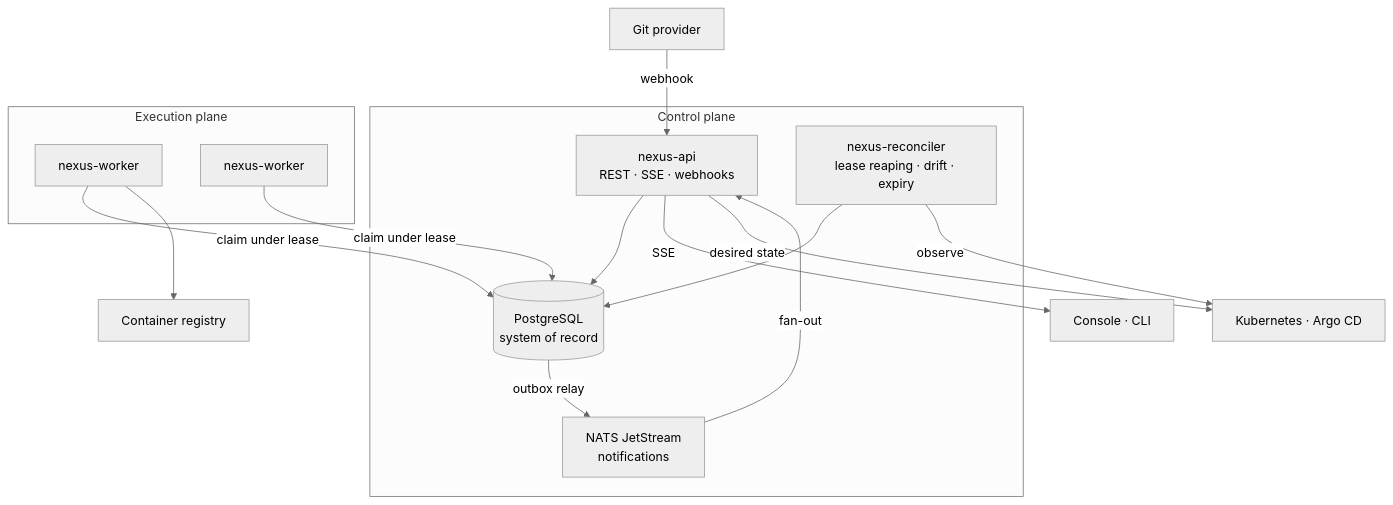
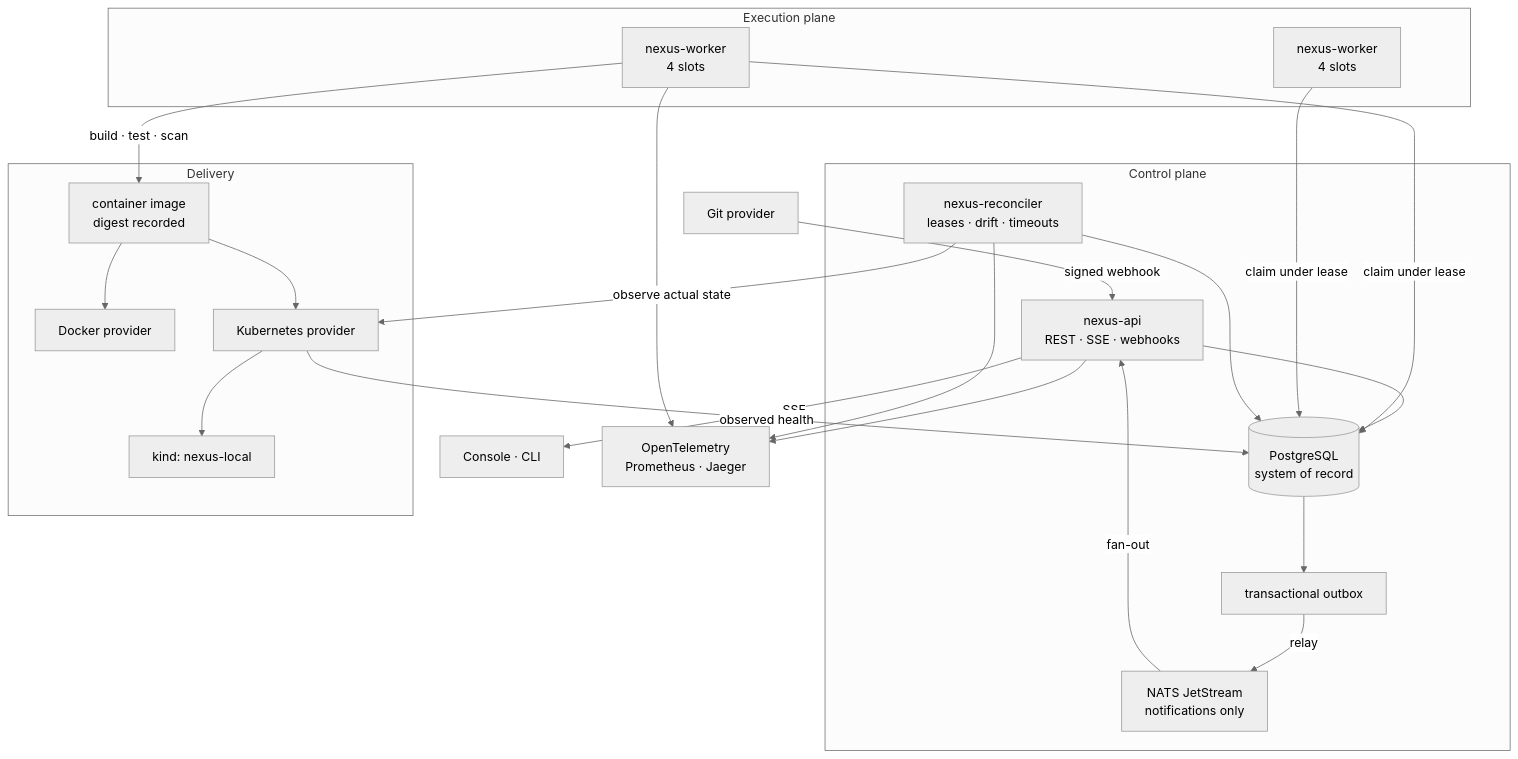
Before and after one commit to Keathan2609/nexus-control-plane: the diagram in README.md, drawn with Mermaid (neutral theme). The commit also changed other lines of this file and 5 other files, not shown here.

````diff
--- a/README.md
+++ b/README.md
@@ -84,24 +151,46 @@
 ```mermaid
 flowchart TB
-    GIT["Git provider"] -->|webhook| API
+    GIT["Git provider"] -->|"signed webhook"| API
+
     subgraph cp["Control plane"]
         API["nexus-api<br/>REST · SSE · webhooks"]
-        REC["nexus-reconciler<br/>lease reaping · drift · expiry"]
+        REC["nexus-reconciler<br/>leases · drift · timeouts"]
         PG[("PostgreSQL<br/>system of record")]
-        NATS["NATS JetStream<br/>notifications"]
+        OBX["transactional outbox"]
+        NATS["NATS JetStream<br/>notifications only"]
     end
-    subgraph dp["Execution plane"]
-        W1["nexus-worker"]
-        W2["nexus-worker"]
+
+    subgraph ex["Execution plane"]
+        W1["nexus-worker<br/>4 slots"]
+        W2["nexus-worker<br/>4 slots"]
     end
+
+    subgraph dl["Delivery"]
+        IMG["container image<br/>digest recorded"]
+        DOCK["Docker provider"]
+        K8S["Kubernetes provider"]
+        KIND["kind: nexus-local"]
+    end
+
     API --> PG
-    PG -->|outbox relay| NATS
-    W1 -->|claim under lease| PG
-    W2 -->|claim under lease| PG
-    REC --> PG
+    PG --> OBX
+    OBX -->|relay| NATS
     NATS -->|fan-out| API
     API -->|SSE| UI["Console · CLI"]
-    W1 --> REG["Container registry"]
-    API -->|desired state| K8S["Kubernetes · Argo CD"]
-    REC -->|observe| K8S
+
+    W1 -->|"claim under lease"| PG
+    W2 -->|"claim under lease"| PG
+    REC --> PG
+
+    W1 -->|"build · test · scan"| IMG
+    IMG --> DOCK
+    IMG --> K8S
+    K8S --> KIND
+
+    K8S -->|"observed health"| PG
+    REC -->|"observe actual state"| K8S
+
+    API --> OTEL["OpenTelemetry<br/>Prometheus · Jaeger"]
+    W1 --> OTEL
+    REC --> OTEL
 ```
````
